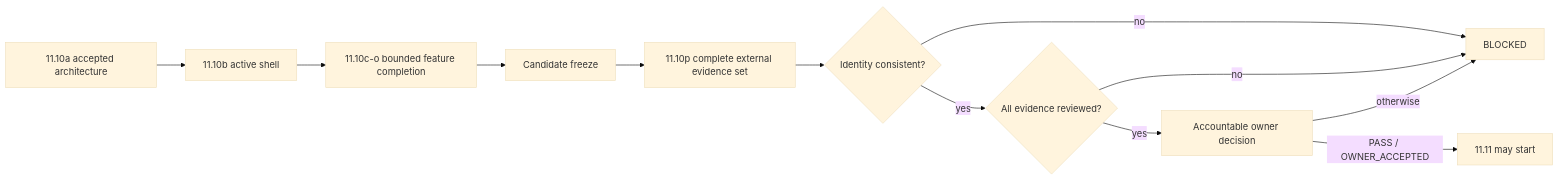
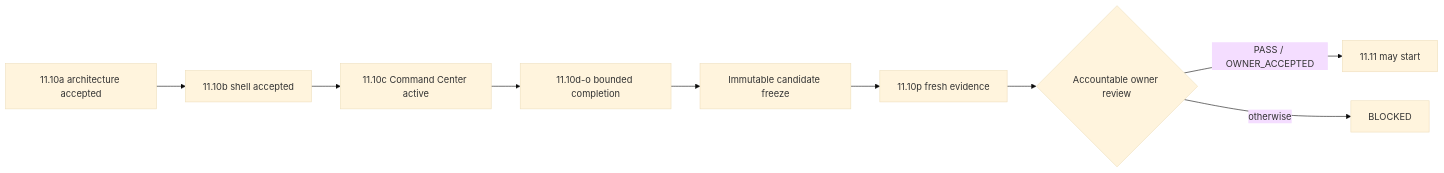
Before and after one commit to GJvManen/dtmo: the diagram in docs/project/EXECUTIVE_DECISION_VIEW.md, drawn with Mermaid (base theme). The commit also changed other lines of this file, not shown here.

Commit message:
docs: advance executive decision view to Phase 11.10c

````diff
--- a/docs/project/EXECUTIVE_DECISION_VIEW.md
+++ b/docs/project/EXECUTIVE_DECISION_VIEW.md
@@ -52,14 +50,11 @@
 ```mermaid
 flowchart LR
-    A[11.10a accepted architecture] --> B[11.10b active shell]
-    B --> C[11.10c-o bounded feature completion]
-    C --> F[Candidate freeze]
-    F --> E[11.10p complete external evidence set]
-    E --> I{Identity consistent?}
-    I -->|no| X[BLOCKED]
-    I -->|yes| R{All evidence reviewed?}
-    R -->|no| X
-    R -->|yes| O[Accountable owner decision]
+    A[11.10a architecture accepted] --> B[11.10b shell accepted]
+    B --> C[11.10c Command Center active]
+    C --> D[11.10d-o bounded completion]
+    D --> F[Immutable candidate freeze]
+    F --> E[11.10p fresh evidence]
+    E --> O{Accountable owner review}
     O -->|PASS / OWNER_ACCEPTED| N[11.11 may start]
-    O -->|otherwise| X
+    O -->|otherwise| X[BLOCKED]
 ```
````
